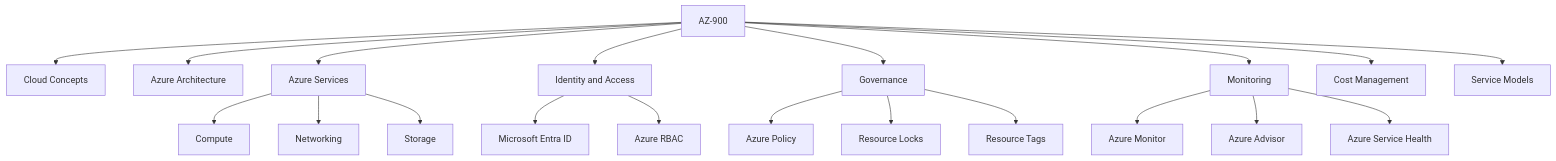
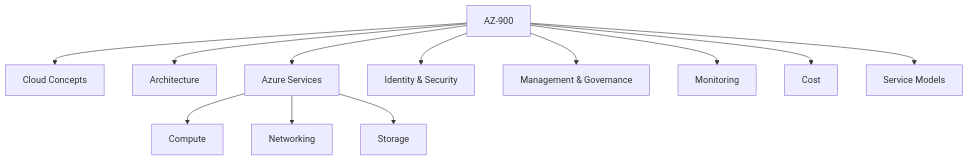
Diagram 13 of 14 in exam/concept-map/concept-map.md (zhyordanova/azure-fundamentals-handbook), drawn with Mermaid before and after one commit. The commit also changed other lines of this file and 1 other file, not shown here.

````diff
--- a/exam/concept-map/concept-map.md
+++ b/exam/concept-map/concept-map.md
@@ -447,43 +440,16 @@
 ```mermaid
 flowchart TD
-
     AZ["AZ-900"]
-
     AZ --> CLOUD["Cloud Concepts"]
-
-    AZ --> ARCH["Azure Architecture"]
-
+    AZ --> ARCH["Architecture"]
     AZ --> SERVICES["Azure Services"]
-
-    AZ --> IAM["Identity and Access"]
-
-    AZ --> GOV["Governance"]
-
+    AZ --> ID["Identity & Security"]
+    AZ --> GOV["Management & Governance"]
     AZ --> MON["Monitoring"]
-
-    AZ --> COST["Cost Management"]
-
+    AZ --> COST["Cost"]
     AZ --> MODELS["Service Models"]
 
     SERVICES --> COMPUTE["Compute"]
-
     SERVICES --> NETWORK["Networking"]
-
     SERVICES --> STORAGE["Storage"]
-
-    IAM --> ENTRA["Microsoft Entra ID"]
-
-    IAM --> RBAC["Azure RBAC"]
-
-    GOV --> POLICY["Azure Policy"]
-
-    GOV --> LOCKS["Resource Locks"]
-
-    GOV --> TAGS["Resource Tags"]
-
-    MON --> MONITOR["Azure Monitor"]
-
-    MON --> ADVISOR["Azure Advisor"]
-
-    MON --> HEALTH["Azure Service Health"]
 ```
````
